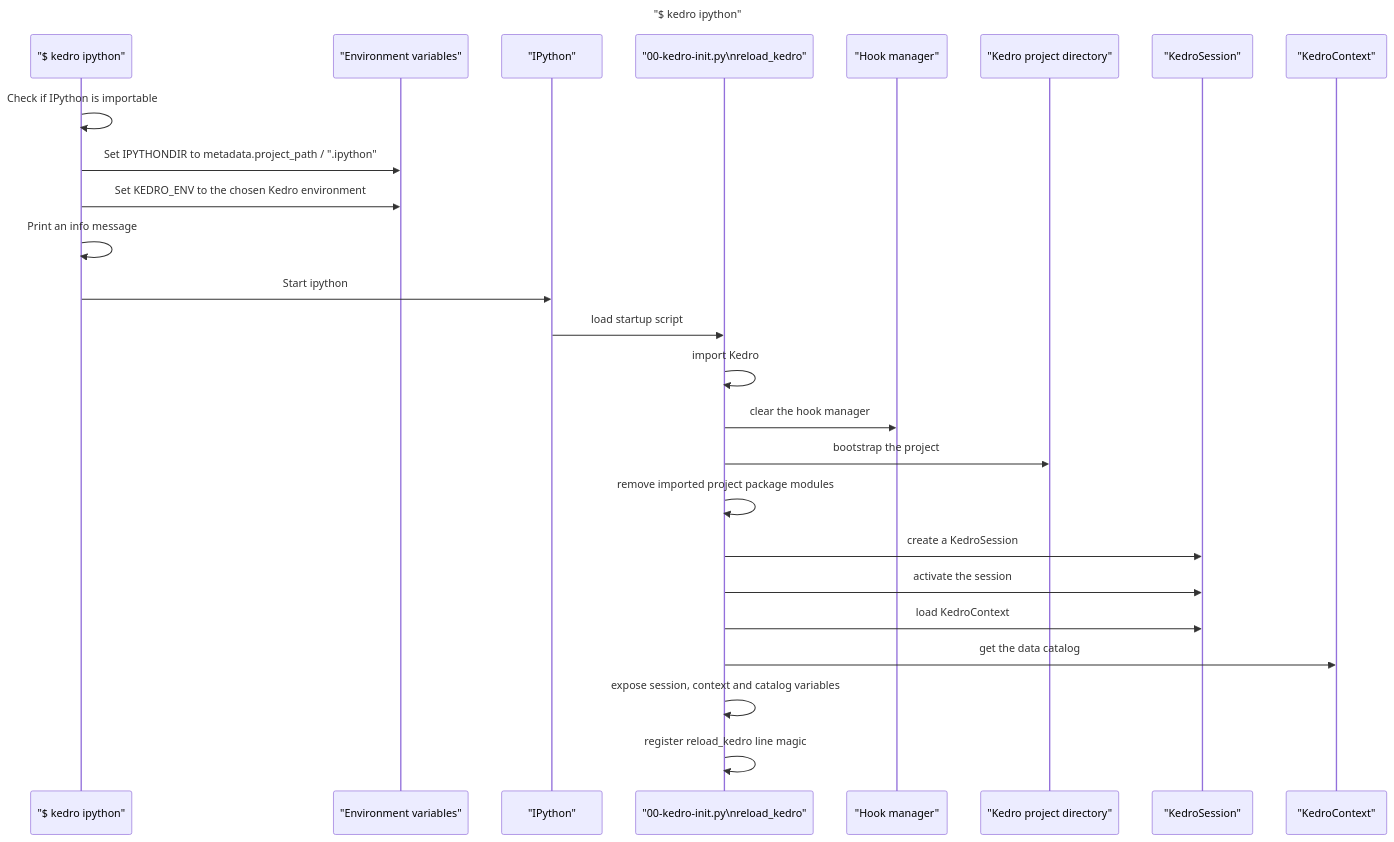
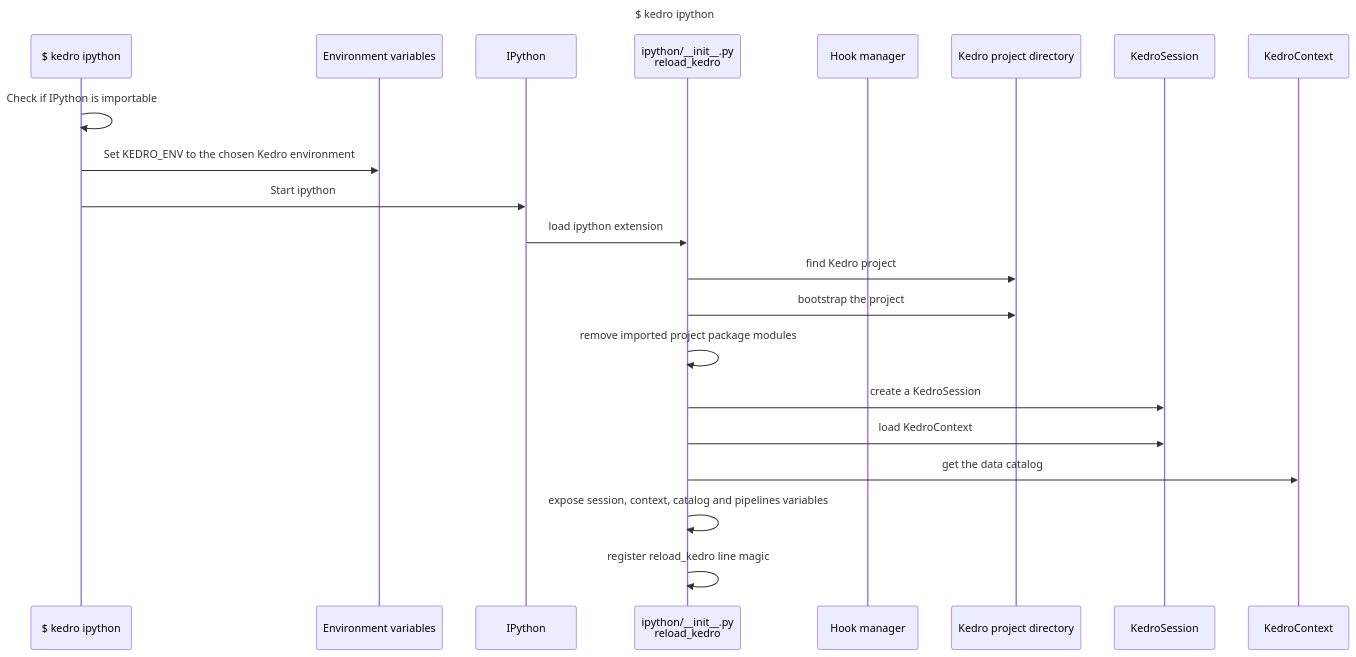
Before and after one commit to kedro-org/kedro: the diagram in docs/diagrams/kedro-ipython.md, drawn with Mermaid.

Commit message:
Update kedro-ipython diagram

````diff
--- a/docs/diagrams/kedro-ipython.md
+++ b/docs/diagrams/kedro-ipython.md
@@ -1,30 +1,26 @@
 ```mermaid
 sequenceDiagram
-    title "$ kedro ipython"
+    title $ kedro ipython
 
-    participant cli as "$ kedro ipython"
-    participant env as "Environment variables"
-    participant ipython as "IPython"
-    participant entrypoint as "00-kedro-init.py\nreload_kedro"
-    participant hook_manager as "Hook manager"
-    participant project as "Kedro project directory"
-    participant session as "KedroSession"
-    participant context as "KedroContext"
+    participant cli as $ kedro ipython
+    participant env as Environment variables
+    participant ipython as IPython
+    participant entrypoint as ipython/__init__.py <br> reload_kedro
+    participant hook_manager as Hook manager
+    participant project as Kedro project directory
+    participant session as KedroSession
+    participant context as KedroContext
 
     cli->>cli: Check if IPython is importable
-    cli->>env: Set IPYTHONDIR to metadata.project_path / ".ipython"
     cli->>env: Set KEDRO_ENV to the chosen Kedro environment
-    cli->>cli: Print an info message
     cli->>ipython: Start ipython
-    ipython->>entrypoint: load startup script
-    entrypoint->>entrypoint: import Kedro
-    entrypoint->>hook_manager: clear the hook manager
+    ipython->>entrypoint: load ipython extension
+    entrypoint->>project: find Kedro project
     entrypoint->>project: bootstrap the project
     entrypoint->>entrypoint: remove imported project package modules
     entrypoint->>session: create a KedroSession
-    entrypoint->>session: activate the session
     entrypoint->>session: load KedroContext
     entrypoint->>context: get the data catalog
-    entrypoint->>entrypoint: expose session, context and catalog variables
+    entrypoint->>entrypoint: expose session, context, catalog and pipelines variables
     entrypoint->>entrypoint: register reload_kedro line magic
 ```
````
